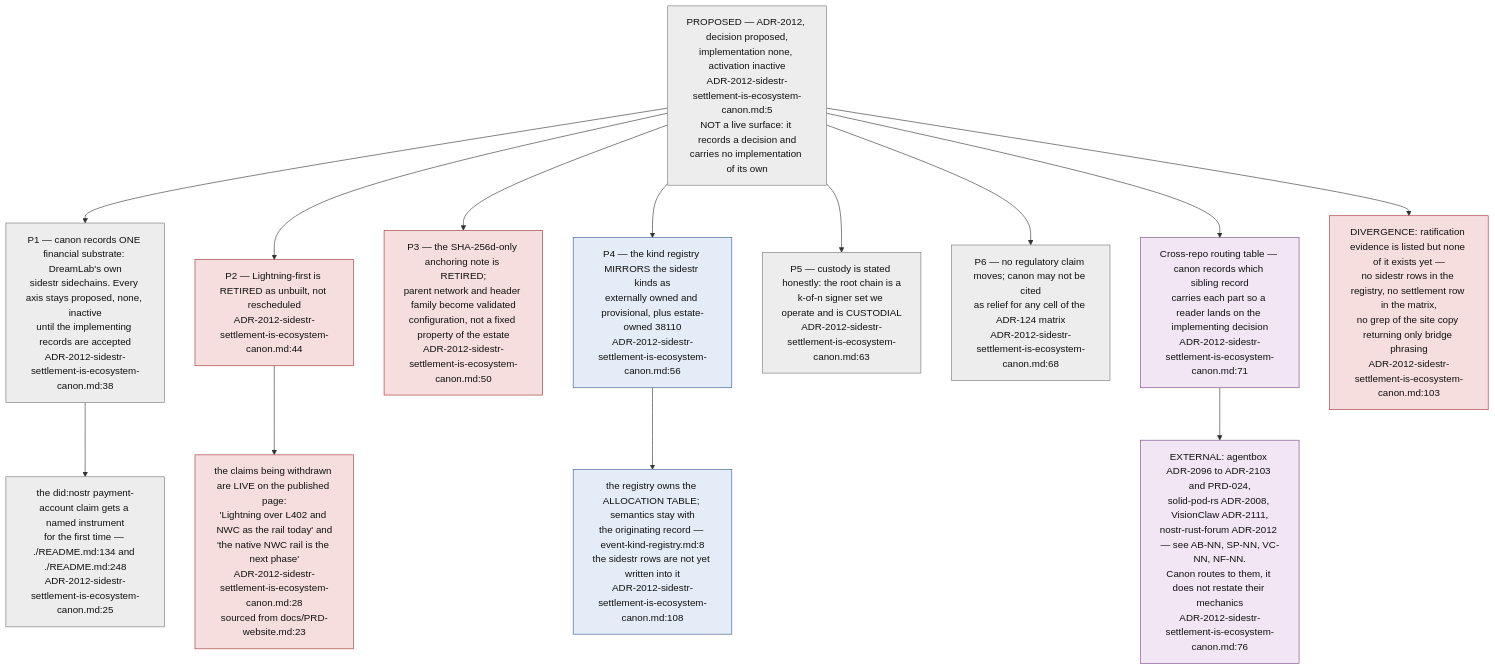
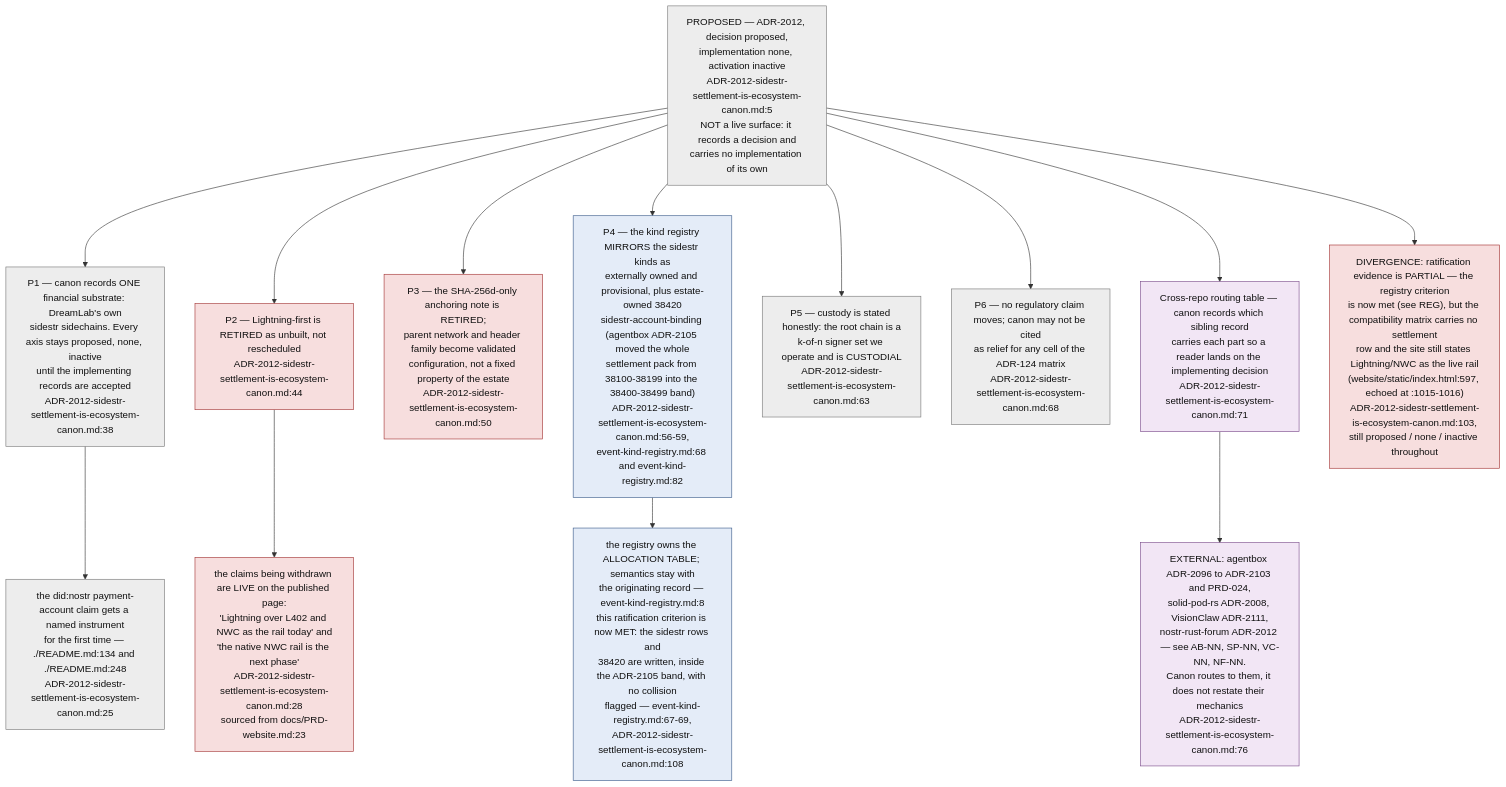
One commit to DreamLab-AI/VisionFlow changed the tenth of 11 diagrams in docs/diagrams/visionflow/01-repo-composition-and-canon.md. Above: the diagram before and after it, drawn with Mermaid. The commit also changed other lines of this file and 136 other files, not shown here.

First line of the commit message:
docs(diagrams): refresh the whole corpus to code HEAD and prune low-value diagrams

````diff
--- a/docs/diagrams/visionflow/01-repo-composition-and-canon.md
+++ b/docs/diagrams/visionflow/01-repo-composition-and-canon.md
@@ -453,28 +367,28 @@
 ```mermaid
 flowchart TB
     classDef prop fill:#ededed,stroke:#777,color:#111
     classDef retire fill:#f7dede,stroke:#a33333,color:#111
     classDef ext fill:#f2e6f5,stroke:#7a4a8a,color:#111
     classDef tbl fill:#e4ecf8,stroke:#3a5a8a,color:#111
 
     REC["PROPOSED — ADR-2012, decision proposed,<br/>implementation none, activation inactive<br/>ADR-2012-sidestr-settlement-is-ecosystem-canon.md:5<br/>NOT a live surface: it records a decision and<br/>carries no implementation of its own"]:::prop
 
     REC --> P1["P1 — canon records ONE financial substrate: DreamLab's own<br/>sidestr sidechains. Every axis stays proposed, none, inactive<br/>until the implementing records are accepted<br/>ADR-2012-sidestr-settlement-is-ecosystem-canon.md:38"]:::prop
     REC --> P2["P2 — Lightning-first is RETIRED as unbuilt, not rescheduled<br/>ADR-2012-sidestr-settlement-is-ecosystem-canon.md:44"]:::retire
     REC --> P3["P3 — the SHA-256d-only anchoring note is RETIRED;<br/>parent network and header family become validated<br/>configuration, not a fixed property of the estate<br/>ADR-2012-sidestr-settlement-is-ecosystem-canon.md:50"]:::retire
-    REC --> P4["P4 — the kind registry MIRRORS the sidestr kinds as<br/>externally owned and provisional, plus estate-owned 38110<br/>ADR-2012-sidestr-settlement-is-ecosystem-canon.md:56"]:::tbl
+    REC --> P4["P4 — the kind registry MIRRORS the sidestr kinds as<br/>externally owned and provisional, plus estate-owned 38420<br/>sidestr-account-binding (agentbox ADR-2105 moved the whole<br/>settlement pack from 38100-38199 into the 38400-38499 band)<br/>ADR-2012-sidestr-settlement-is-ecosystem-canon.md:56-59,<br/>event-kind-registry.md:68 and event-kind-registry.md:82"]:::tbl
     REC --> P5["P5 — custody is stated honestly: the root chain is a<br/>k-of-n signer set we operate and is CUSTODIAL<br/>ADR-2012-sidestr-settlement-is-ecosystem-canon.md:63"]:::prop
     REC --> P6["P6 — no regulatory claim moves; canon may not be cited<br/>as relief for any cell of the ADR-124 matrix<br/>ADR-2012-sidestr-settlement-is-ecosystem-canon.md:68"]:::prop
 
     P2 --> C1["the claims being withdrawn are LIVE on the published page:<br/>'Lightning over L402 and NWC as the rail today' and<br/>'the native NWC rail is the next phase'<br/>ADR-2012-sidestr-settlement-is-ecosystem-canon.md:28<br/>sourced from docs/PRD-website.md:23"]:::retire
     P1 --> C2["the did:nostr payment-account claim gets a named instrument<br/>for the first time — ./README.md:134 and ./README.md:248<br/>ADR-2012-sidestr-settlement-is-ecosystem-canon.md:25"]:::prop
 
-    P4 --> REG["the registry owns the ALLOCATION TABLE; semantics stay with<br/>the originating record — event-kind-registry.md:8<br/>the sidestr rows are not yet written into it<br/>ADR-2012-sidestr-settlement-is-ecosystem-canon.md:108"]:::tbl
+    P4 --> REG["the registry owns the ALLOCATION TABLE; semantics stay with<br/>the originating record — event-kind-registry.md:8<br/>this ratification criterion is now MET: the sidestr rows and<br/>38420 are written, inside the ADR-2105 band, with no collision<br/>flagged — event-kind-registry.md:67-69,<br/>ADR-2012-sidestr-settlement-is-ecosystem-canon.md:108"]:::tbl
 
     ROUTE["Cross-repo routing table — canon records which sibling record<br/>carries each part so a reader lands on the implementing decision<br/>ADR-2012-sidestr-settlement-is-ecosystem-canon.md:71"]:::ext
     REC --> ROUTE
     ROUTE --> EXT1["EXTERNAL: agentbox ADR-2096 to ADR-2103 and PRD-024,<br/>solid-pod-rs ADR-2008, VisionClaw ADR-2111,<br/>nostr-rust-forum ADR-2012 — see AB-NN, SP-NN, VC-NN, NF-NN.<br/>Canon routes to them, it does not restate their mechanics<br/>ADR-2012-sidestr-settlement-is-ecosystem-canon.md:76"]:::ext
 
-    VER["DIVERGENCE: ratification evidence is listed but none of it exists yet —<br/>no sidestr rows in the registry, no settlement row in the matrix,<br/>no grep of the site copy returning only bridge phrasing<br/>ADR-2012-sidestr-settlement-is-ecosystem-canon.md:103"]:::retire
+    VER["DIVERGENCE: ratification evidence is PARTIAL — the registry criterion<br/>is now met (see REG), but the compatibility matrix carries no settlement<br/>row and the site still states Lightning/NWC as the live rail<br/>(website/static/index.html:597, echoed at :1015-1016)<br/>ADR-2012-sidestr-settlement-is-ecosystem-canon.md:103,<br/>still proposed / none / inactive throughout"]:::retire
     REC --> VER
 ```
````
